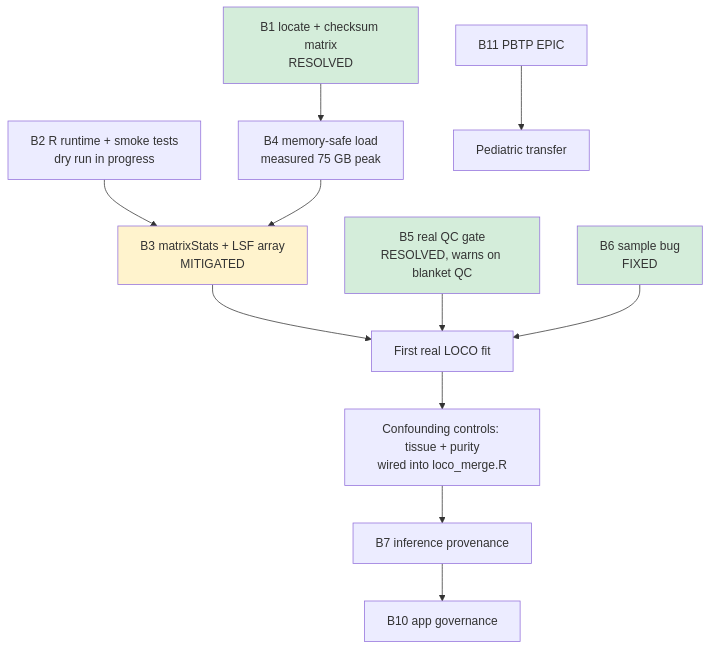
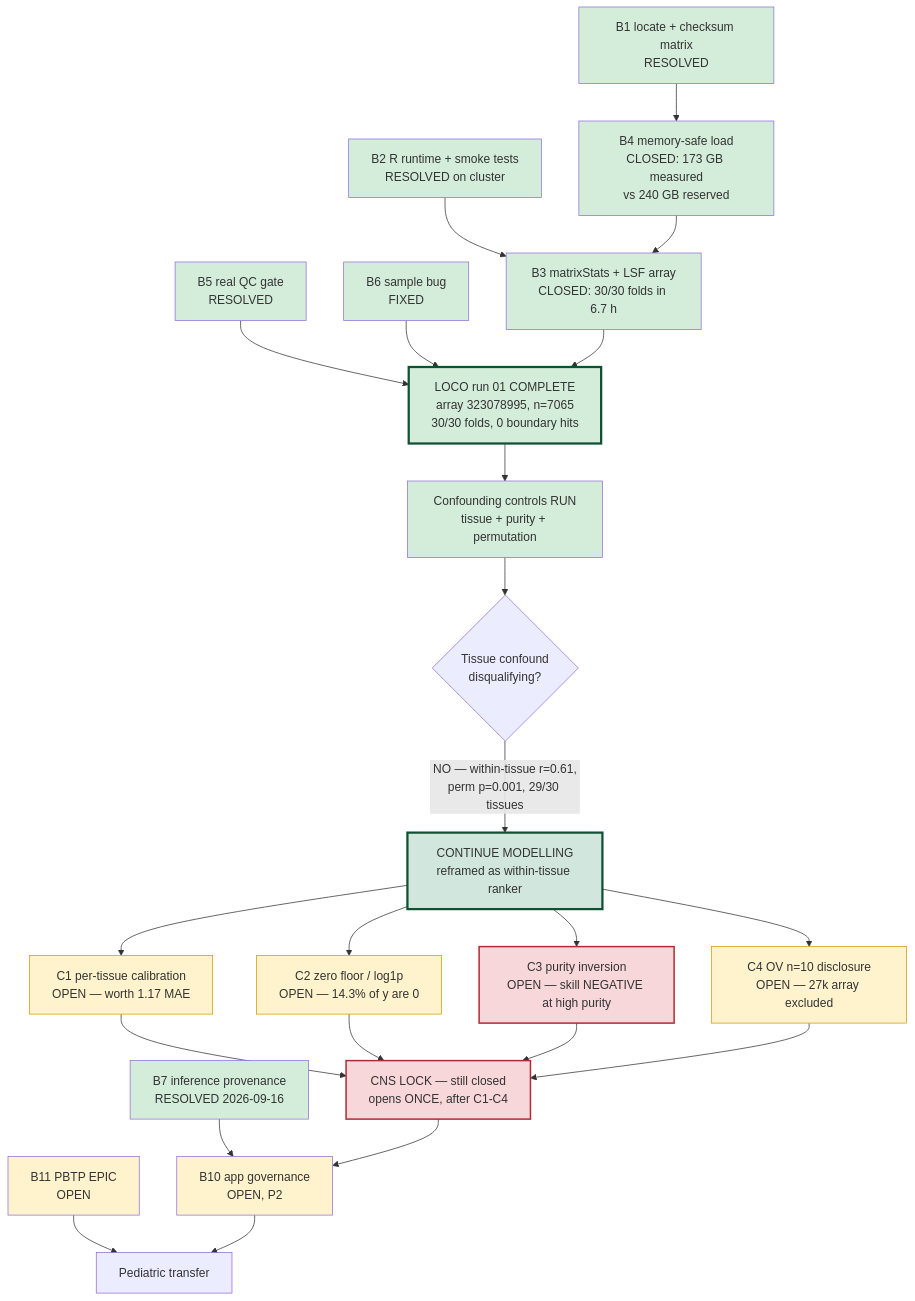
The diagram in docs/21_BLOCKER_RESOLUTION_PLAN.md (Tarunkaranam10/KIDS26-Team12), drawn with Mermaid before and after one commit. The commit also changed other lines of this file and 18 other files, not shown here.

First line of the commit message:
LOCO run 01 results: tissue confound real but not disqualifying

````diff
--- a/docs/21_BLOCKER_RESOLUTION_PLAN.md
+++ b/docs/21_BLOCKER_RESOLUTION_PLAN.md
@@ -362,18 +391,46 @@
 ```mermaid
 graph TD
-    B1[B1 locate + checksum matrix<br/>RESOLVED] --> B4[B4 memory-safe load<br/>measured 75 GB peak]
-    B2[B2 R runtime + smoke tests<br/>dry run in progress] --> B3[B3 matrixStats + LSF array<br/>MITIGATED]
+    B1["B1 locate + checksum matrix<br/>RESOLVED"] --> B4["B4 memory-safe load<br/>CLOSED: 173 GB measured<br/>vs 240 GB reserved"]
+    B2["B2 R runtime + smoke tests<br/>RESOLVED on cluster"] --> B3["B3 matrixStats + LSF array<br/>CLOSED: 30/30 folds in 6.7 h"]
     B4 --> B3
-    B3 --> FIT[First real LOCO fit]
-    B5[B5 real QC gate<br/>RESOLVED, warns on blanket QC] --> FIT
-    B6[B6 sample bug<br/>FIXED] --> FIT
-    FIT --> CONF[Confounding controls: tissue + purity<br/>wired into loco_merge.R]
-    CONF --> B7[B7 inference provenance]
-    B7 --> B10[B10 app governance]
-    B11[B11 PBTP EPIC] --> TRANSFER[Pediatric transfer]
+    B5["B5 real QC gate<br/>RESOLVED"] --> FIT
+    B6["B6 sample bug<br/>FIXED"] --> FIT
+    B3 --> FIT["LOCO run 01 COMPLETE<br/>array 323078995, n=7065<br/>30/30 folds, 0 boundary hits"]
+    FIT --> CONF["Confounding controls RUN<br/>tissue + purity + permutation"]
+    CONF --> VERDICT{"Tissue confound<br/>disqualifying?"}
+    VERDICT -->|"NO — within-tissue r=0.61,<br/>perm p=0.001, 29/30 tissues"| CONTINUE["CONTINUE MODELLING<br/>reframed as within-tissue ranker"]
+
+    CONTINUE --> C1["C1 per-tissue calibration<br/>OPEN — worth 1.17 MAE"]
+    CONTINUE --> C2["C2 zero floor / log1p<br/>OPEN — 14.3% of y are 0"]
+    CONTINUE --> C3["C3 purity inversion<br/>OPEN — skill NEGATIVE at high purity"]
+    CONTINUE --> C4["C4 OV n=10 disclosure<br/>OPEN — 27k array excluded"]
+
+    C1 --> LOCK
+    C2 --> LOCK
+    C3 --> LOCK
+    C4 --> LOCK
+    LOCK["CNS LOCK — still closed<br/>opens ONCE, after C1-C4"]
+
+    B7["B7 inference provenance<br/>RESOLVED 2026-09-16"] --> B10["B10 app governance<br/>OPEN, P2"]
+    LOCK --> B10
+    B11["B11 PBTP EPIC<br/>OPEN"] --> TRANSFER["Pediatric transfer"]
+    B10 --> TRANSFER
 
     style B1 fill:#d4edda
+    style B2 fill:#d4edda
+    style B3 fill:#d4edda
+    style B4 fill:#d4edda
     style B5 fill:#d4edda
     style B6 fill:#d4edda
-    style B3 fill:#fff3cd
+    style B7 fill:#d4edda
+    style FIT fill:#d4edda,stroke:#0f5132,stroke-width:3px
+    style CONF fill:#d4edda
+    style CONTINUE fill:#d1e7dd,stroke:#0f5132,stroke-width:3px
+    style C1 fill:#fff3cd,stroke:#d39e00
+    style C2 fill:#fff3cd,stroke:#d39e00
+    style C3 fill:#f8d7da,stroke:#b02a37,stroke-width:2px
+    style C4 fill:#fff3cd,stroke:#d39e00
+    style LOCK fill:#f8d7da,stroke:#b02a37,stroke-width:2px
+    style B10 fill:#fff3cd
+    style B11 fill:#fff3cd
 ```
````
